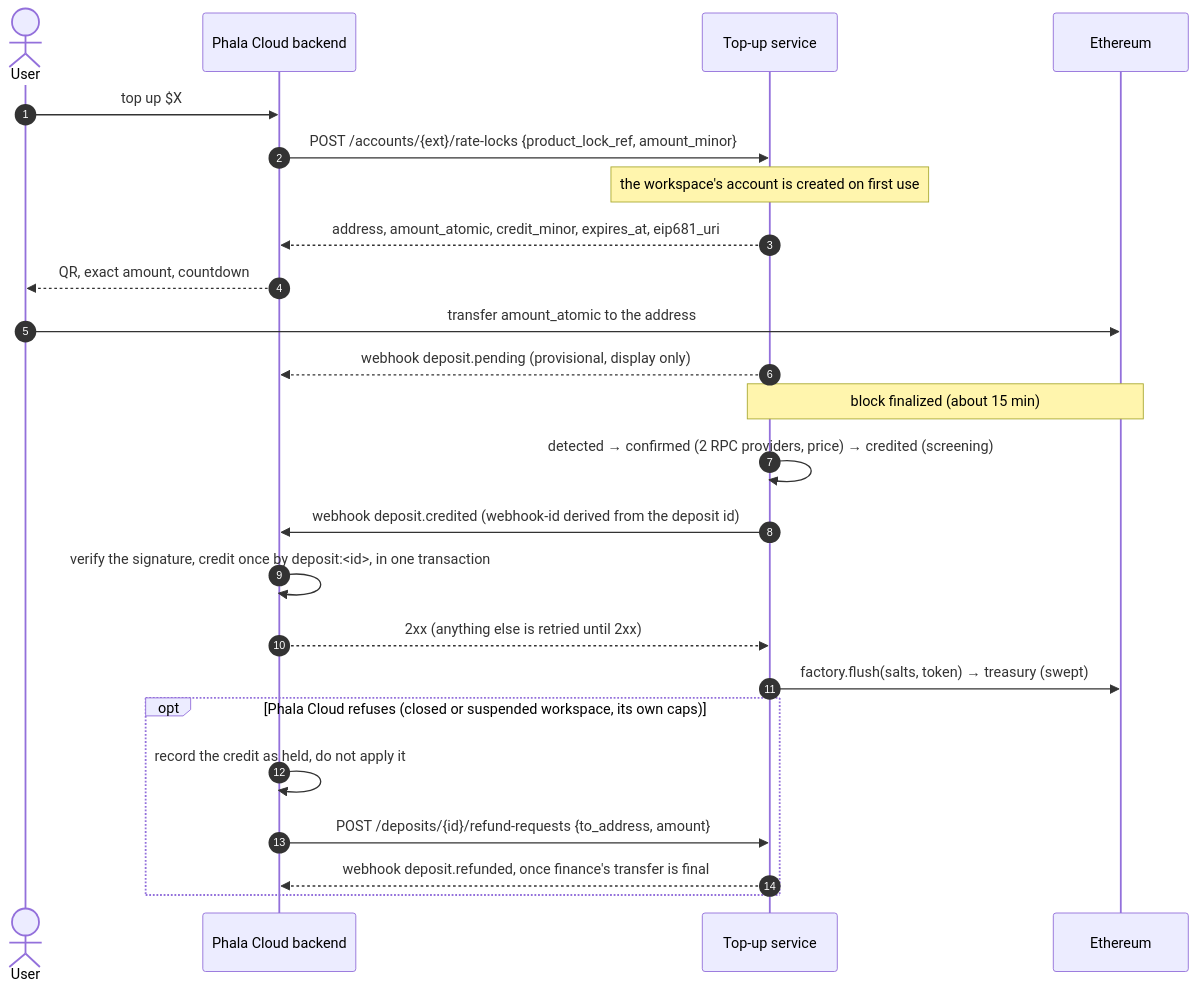
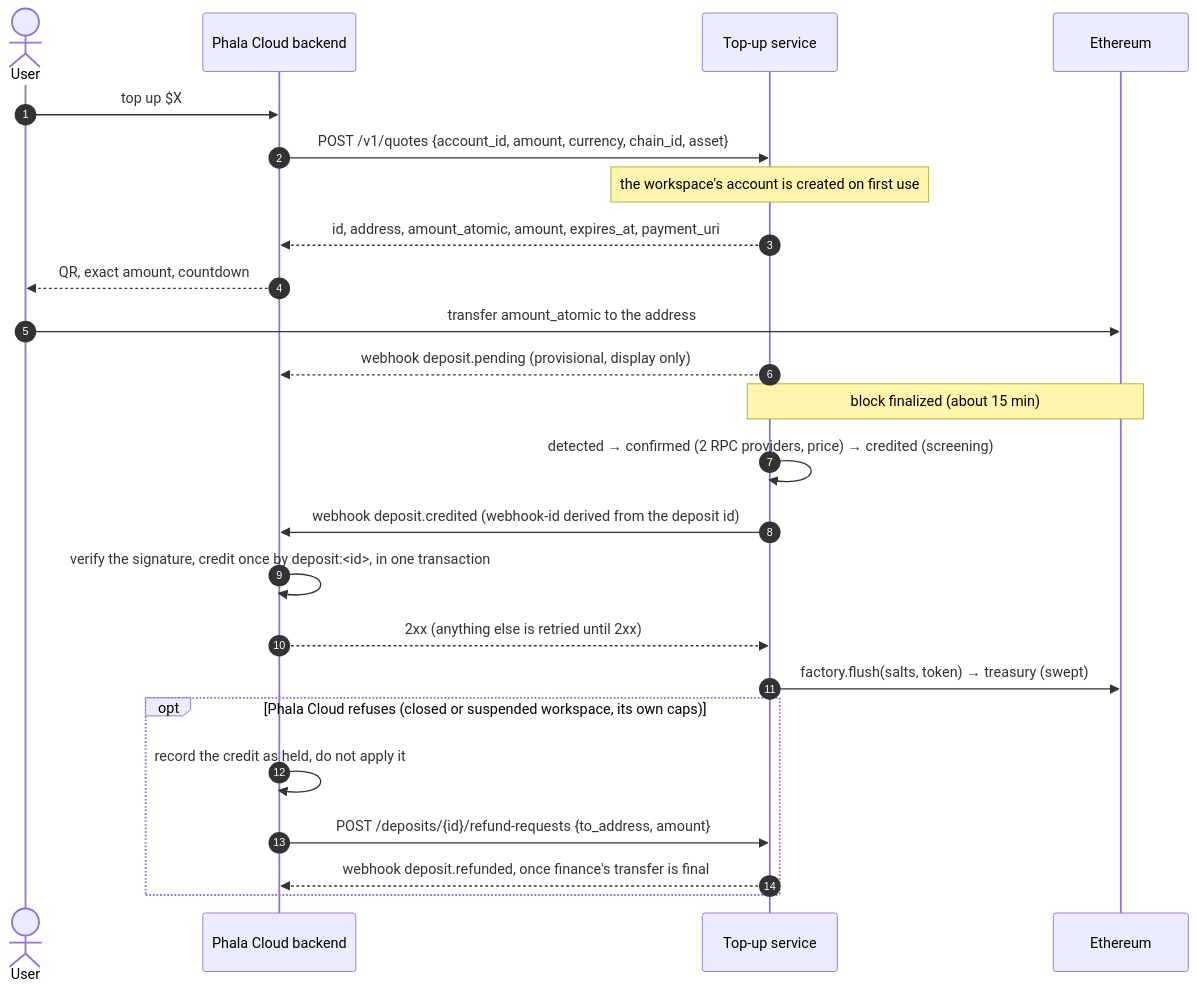
One commit to Phala-Network/crypto-topup-service changed the diagram in docs/integration.md. Above: the diagram before and after it, drawn with Mermaid. The commit also changed other lines of this file and 73 other files, not shown here.

````diff
--- a/docs/integration.md
+++ b/docs/integration.md
@@ -31,26 +31,26 @@
 ```mermaid
 sequenceDiagram
     autonumber
     actor User
     participant PC as Phala Cloud backend
     participant S as Top-up service
     participant ETH as Ethereum
     User->>PC: top up $X
-    PC->>S: POST /accounts/{ext}/rate-locks {product_lock_ref, amount_minor}
+    PC->>S: POST /v1/quotes {account_id, amount, currency, chain_id, asset}
     Note over S: the workspace's account is created on first use
-    S-->>PC: address, amount_atomic, credit_minor, expires_at, eip681_uri
+    S-->>PC: id, address, amount_atomic, amount, expires_at, payment_uri
     PC-->>User: QR, exact amount, countdown
     User->>ETH: transfer amount_atomic to the address
     S-->>PC: webhook deposit.pending (provisional, display only)
     Note over S,ETH: block finalized (about 15 min)
     S->>S: detected → confirmed (2 RPC providers, price) → credited (screening)
     S->>PC: webhook deposit.credited (webhook-id derived from the deposit id)
     PC->>PC: verify the signature, credit once by deposit:<id>, in one transaction
     PC-->>S: 2xx (anything else is retried until 2xx)
     S->>ETH: factory.flush(salts, token) → treasury (swept)
     opt Phala Cloud refuses (closed or suspended workspace, its own caps)
         PC->>PC: record the credit as held, do not apply it
         PC->>S: POST /deposits/{id}/refund-requests {to_address, amount}
         S-->>PC: webhook deposit.refunded, once finance's transfer is final
     end
 ```
````
